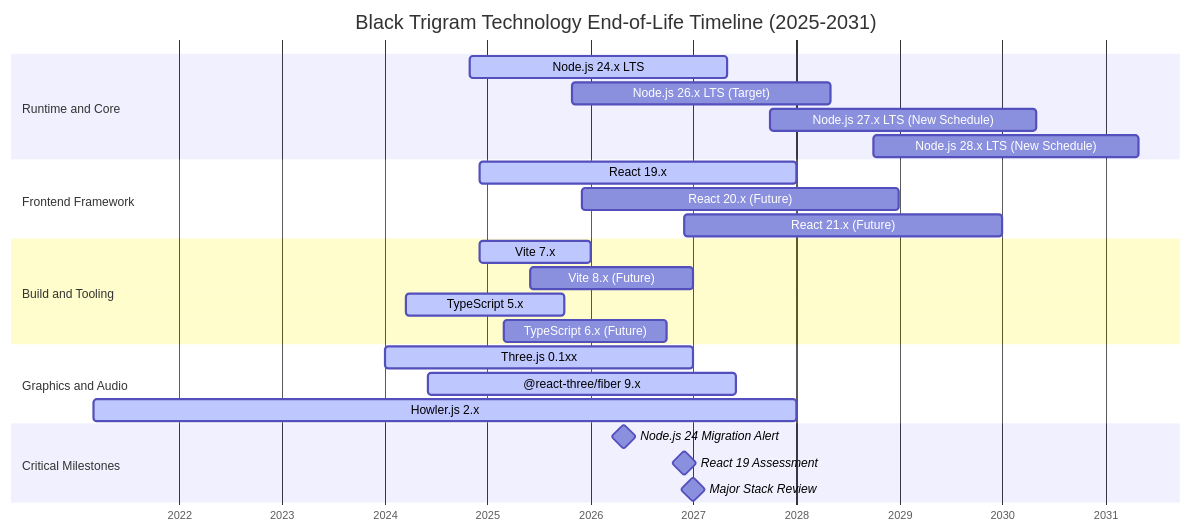
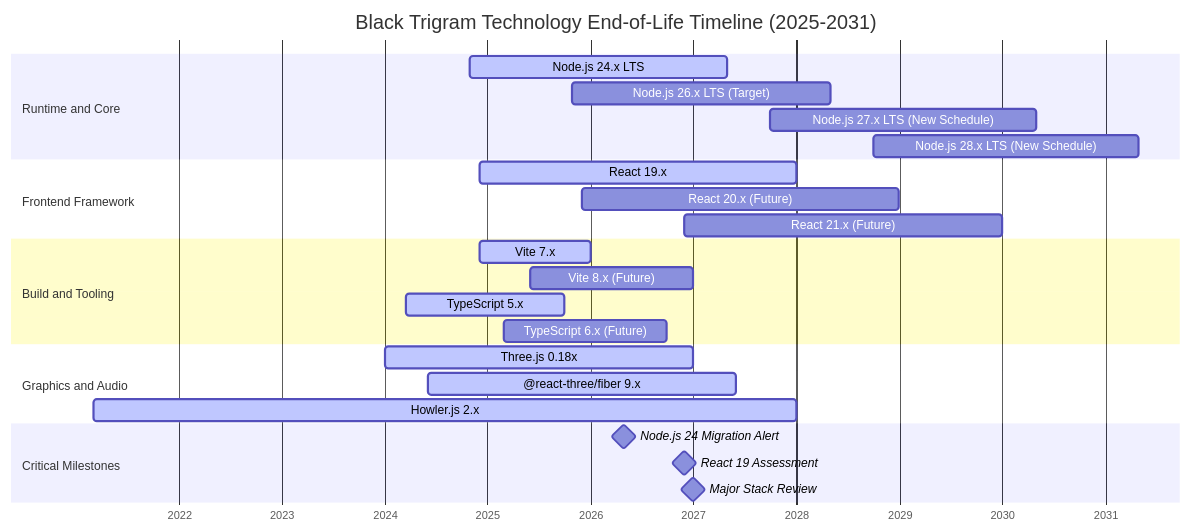
One commit to Hack23/blacktrigram changed the fifth of 8 diagrams in End-of-Life-Strategy.md. Above: the diagram before and after it, drawn with Mermaid.

Commit message:
Fix Three.js version format in EOL Gantt: 0.1xx → 0.18x

````diff
--- a/End-of-Life-Strategy.md
+++ b/End-of-Life-Strategy.md
@@ -378,33 +378,33 @@
 ```mermaid
 gantt
     title Black Trigram Technology End-of-Life Timeline (2025-2031)
     dateFormat YYYY-MM-DD
     axisFormat %Y
 
     section Runtime and Core
     Node.js 24.x LTS          :active, node24, 2024-10-29, 2027-04-30
     Node.js 26.x LTS (Target) :node26, 2025-10-28, 2028-04-30
     Node.js 27.x LTS (New Schedule) :node27, 2027-10-01, 2030-04-30
     Node.js 28.x LTS (New Schedule) :node28, 2028-10-01, 2031-04-30
 
     section Frontend Framework
     React 19.x                :active, react19, 2024-12-05, 2027-12-31
     React 20.x (Future)       :react20, 2025-12-01, 2028-12-31
     React 21.x (Future)       :react21, 2026-12-01, 2029-12-31
 
     section Build and Tooling
     Vite 7.x                  :active, vite7, 2024-12-03, 2025-12-31
     Vite 8.x (Future)         :vite8, 2025-06-01, 2026-12-31
     TypeScript 5.x            :active, ts5, 2024-03-16, 2025-09-30
     TypeScript 6.x (Future)   :ts6, 2025-03-01, 2026-09-30
 
     section Graphics and Audio
-    Three.js 0.1xx             :active, three, 2024-01-01, 2026-12-31
+    Three.js 0.18x             :active, three, 2024-01-01, 2026-12-31
     @react-three/fiber 9.x     :active, r3f9, 2024-06-01, 2027-06-01
     Howler.js 2.x             :active, howler2, 2021-03-04, 2027-12-31
 
     section Critical Milestones
     Node.js 24 Migration Alert :milestone, node24alert, 2026-04-30, 0d
     React 19 Assessment       :milestone, react19assess, 2026-12-01, 0d
     Major Stack Review        :milestone, stackreview, 2027-01-01, 0d
 ```
````
